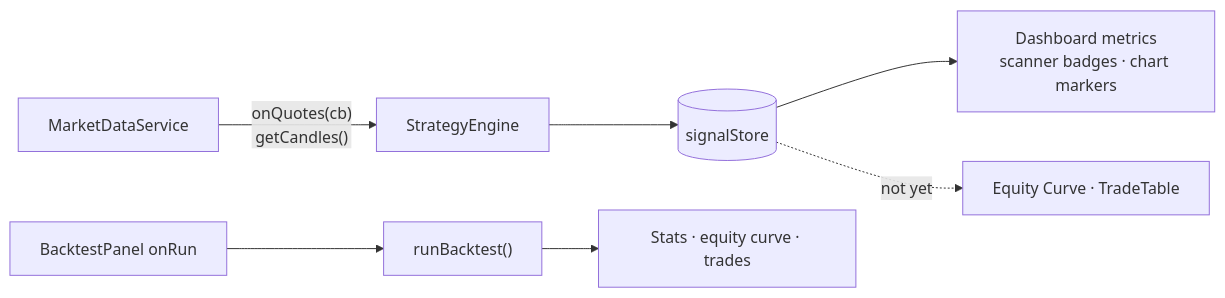
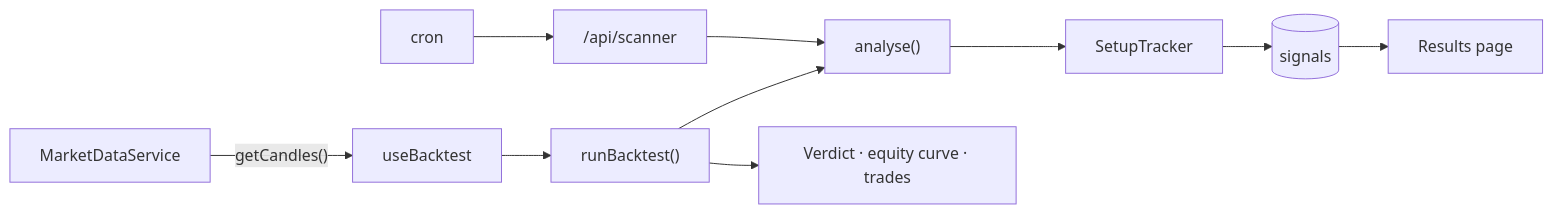
The sixth of 6 diagrams in README.md (davide963-ux/ichialgo-ve-rea), drawn with Mermaid before and after one commit. The commit also changed other lines of this file and 68 other files, not shown here.

First line of the commit message:
Remove both strategies; leave one seam and one Results page (#16)

````diff
--- a/README.md
+++ b/README.md
@@ -653,7 +456,9 @@
 ```mermaid
 flowchart LR
-    MDS[MarketDataService] -->|"onQuotes(cb)<br/>getCandles()"| SE[StrategyEngine]
-    SE --> SS[(signalStore)] --> DB[Dashboard metrics<br/>scanner badges · chart markers]
-    SS -.not yet.-> EQ[Equity Curve · TradeTable]
-    BT[BacktestPanel onRun] --> BE["runBacktest()"] --> BR[Stats · equity curve · trades]
+    MDS[MarketDataService] -->|"getCandles()"| BT["useBacktest"] --> BE["runBacktest()"]
+    BE --> AN["analyse()"]
+    CRON[cron] --> SC["/api/scanner"] --> AN
+    AN --> TR[SetupTracker] --> PG[("signals")]
+    PG --> RP[Results page]
+    BE --> BR[Verdict · equity curve · trades]
 ```
````
